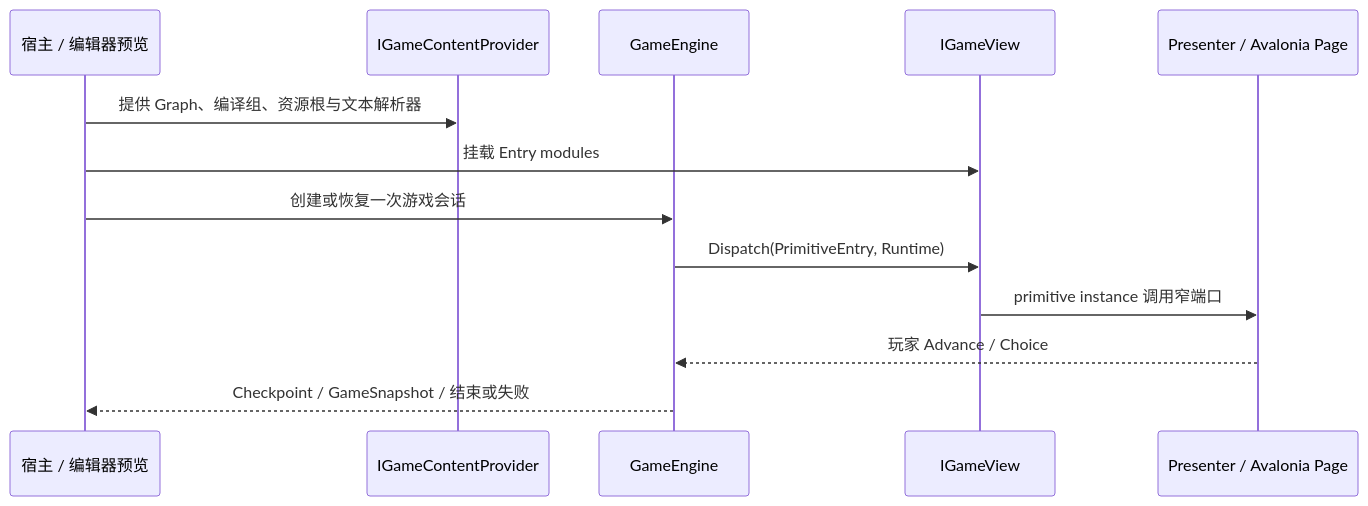
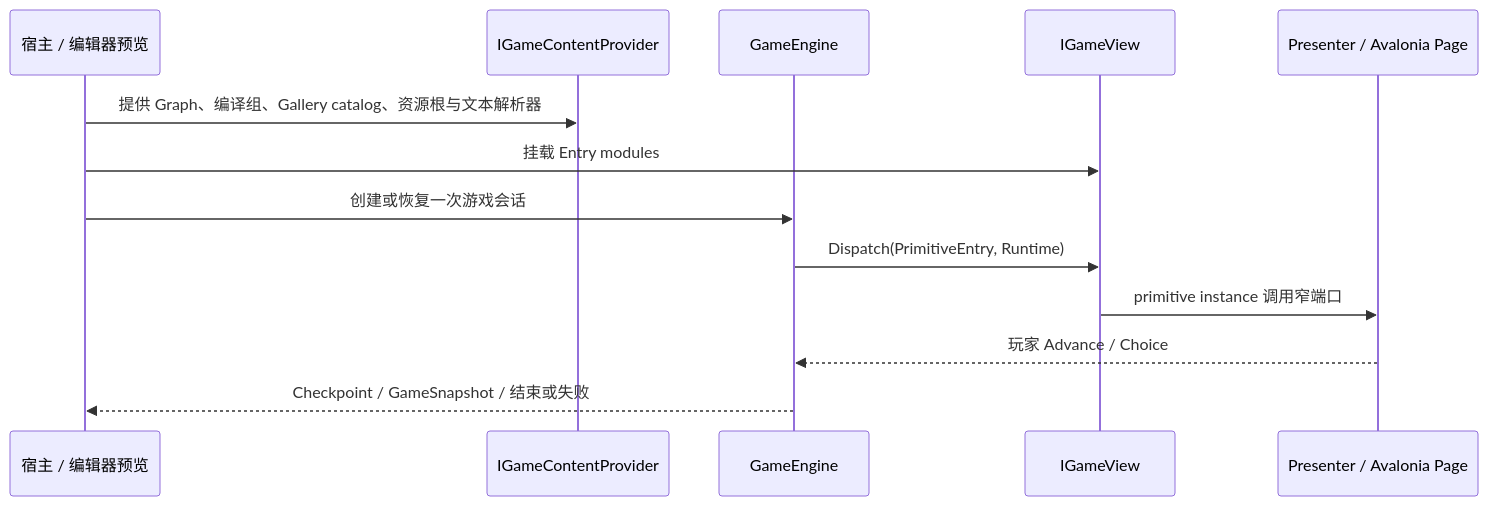
One commit to StarryXYJ/Gal.Net changed the second of 2 diagrams in docs/spec/architecture.md. Above: the diagram before and after it, drawn with Mermaid. The commit also changed other lines of this file and 98 other files, not shown here.

````diff
--- a/docs/spec/architecture.md
+++ b/docs/spec/architecture.md
@@ -52,15 +52,15 @@
 ```mermaid
 sequenceDiagram
   participant Host as 宿主 / 编辑器预览
   participant Content as IGameContentProvider
   participant Engine as GameEngine
   participant View as IGameView
   participant Presenter as Presenter / Avalonia Page
-  Host->>Content: 提供 Graph、编译组、资源根与文本解析器
+  Host->>Content: 提供 Graph、编译组、Gallery catalog、资源根与文本解析器
   Host->>View: 挂载 Entry modules
   Host->>Engine: 创建或恢复一次游戏会话
   Engine->>View: Dispatch(PrimitiveEntry, Runtime)
   View->>Presenter: primitive instance 调用窄端口
   Presenter-->>Engine: 玩家 Advance / Choice
   Engine-->>Host: Checkpoint / GameSnapshot / 结束或失败
 ```
````
